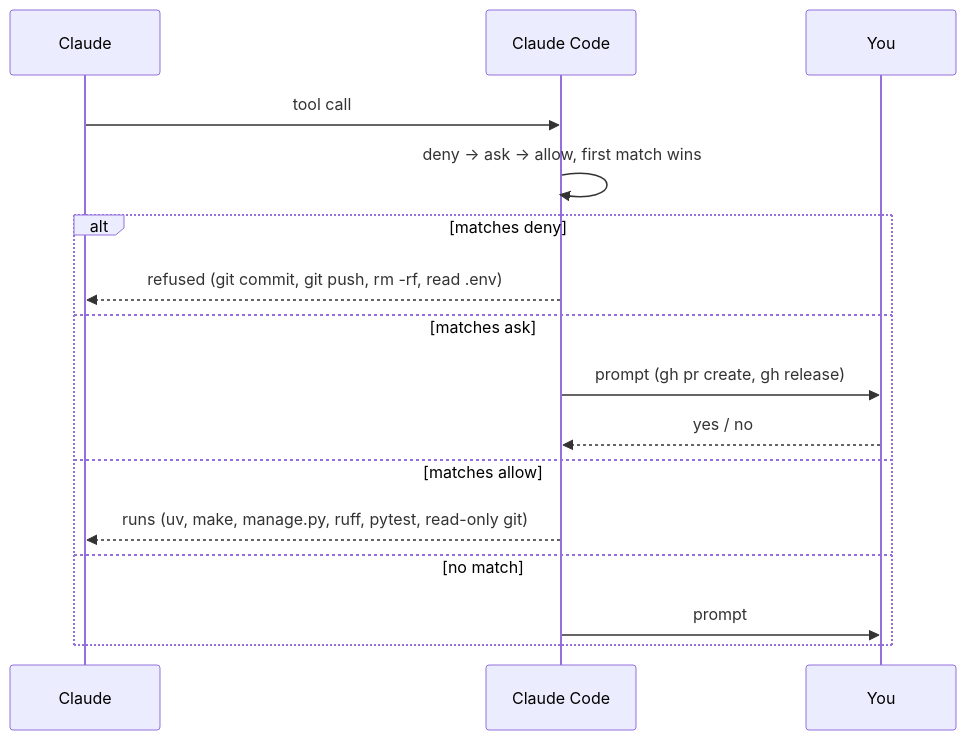
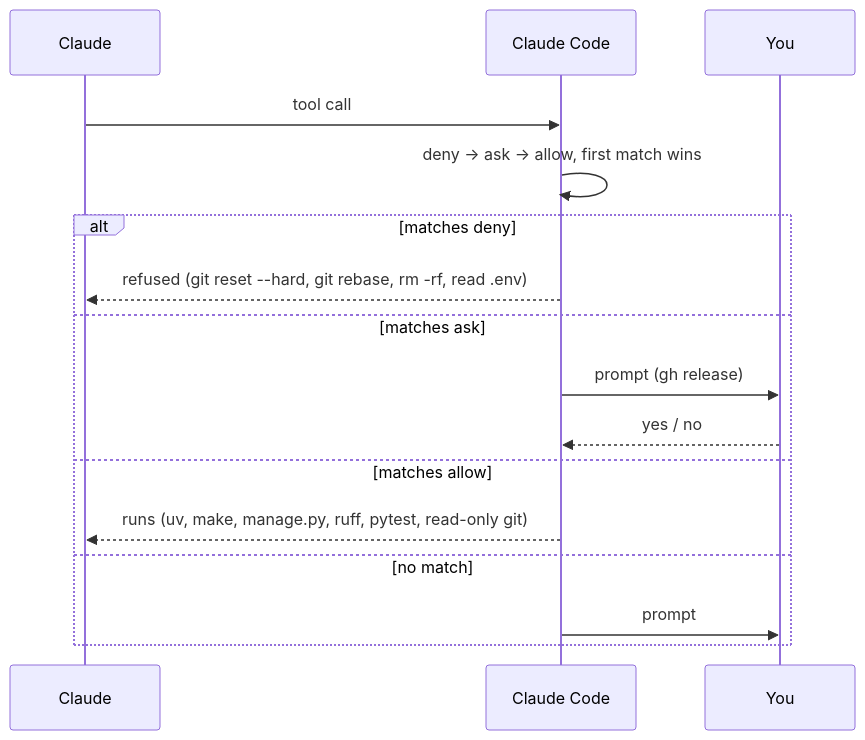
The third of 3 diagrams in docs/AI-WORKFLOW.md (alopesmendes/pykaraoke), drawn with Mermaid before and after one commit. The commit also changed other lines of this file and 2 other files, not shown here.

Commit message:
chore: allow git commit, git push and gh pr create (#15)
The deny list blocked committing and pushing, so Claude could not finish a feature and open its PR. Allow them; keep history rewrites (reset --hard, rebase) and rm -rf denied, and keep gh release on ask.

````diff
--- a/docs/AI-WORKFLOW.md
+++ b/docs/AI-WORKFLOW.md
@@ -103,18 +103,18 @@
 ```mermaid
 sequenceDiagram
   participant C as Claude
   participant H as Claude Code
   participant U as You
   C->>H: tool call
   H->>H: deny → ask → allow, first match wins
   alt matches deny
-    H-->>C: refused (git commit, git push, rm -rf, read .env)
+    H-->>C: refused (git reset --hard, git rebase, rm -rf, read .env)
   else matches ask
-    H->>U: prompt (gh pr create, gh release)
+    H->>U: prompt (gh release)
     U-->>H: yes / no
   else matches allow
     H-->>C: runs (uv, make, manage.py, ruff, pytest, read-only git)
   else no match
     H->>U: prompt
   end
 ```
````
